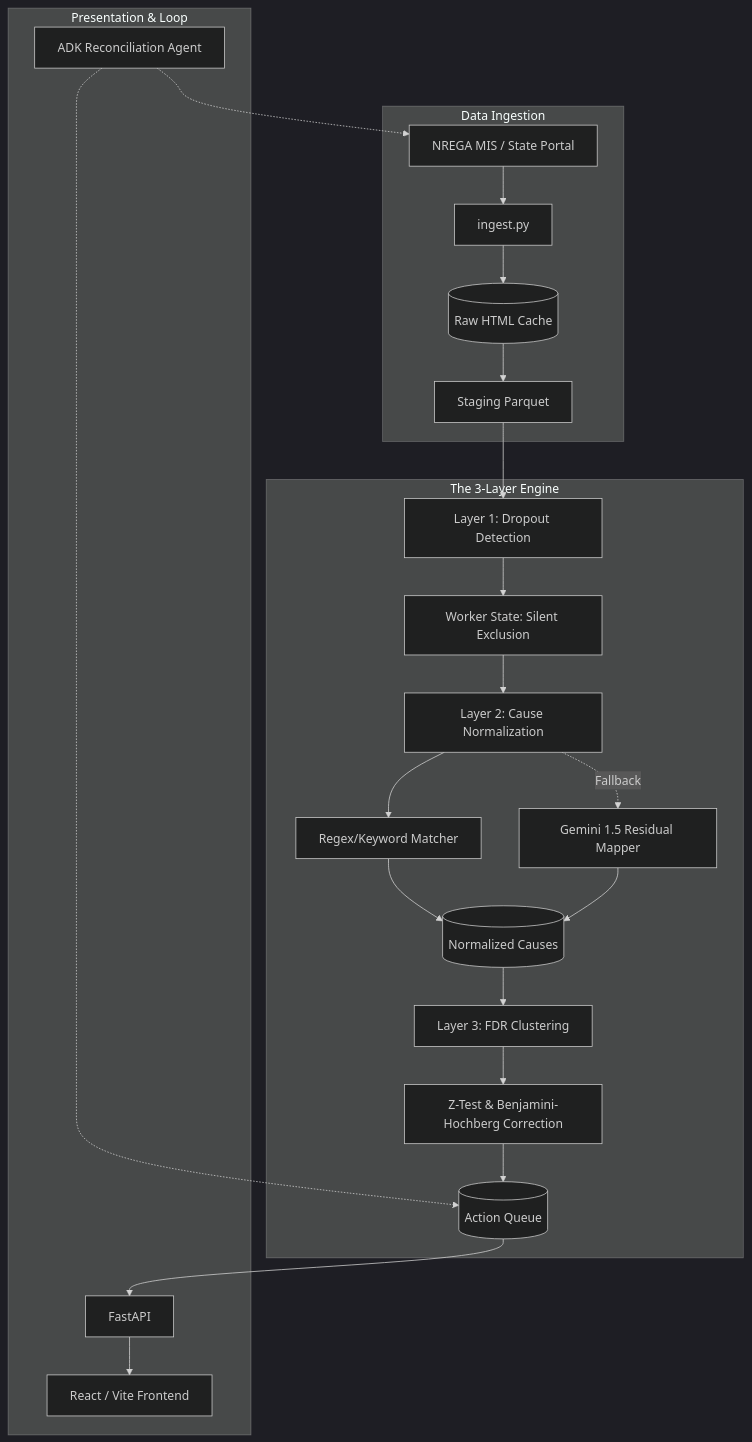
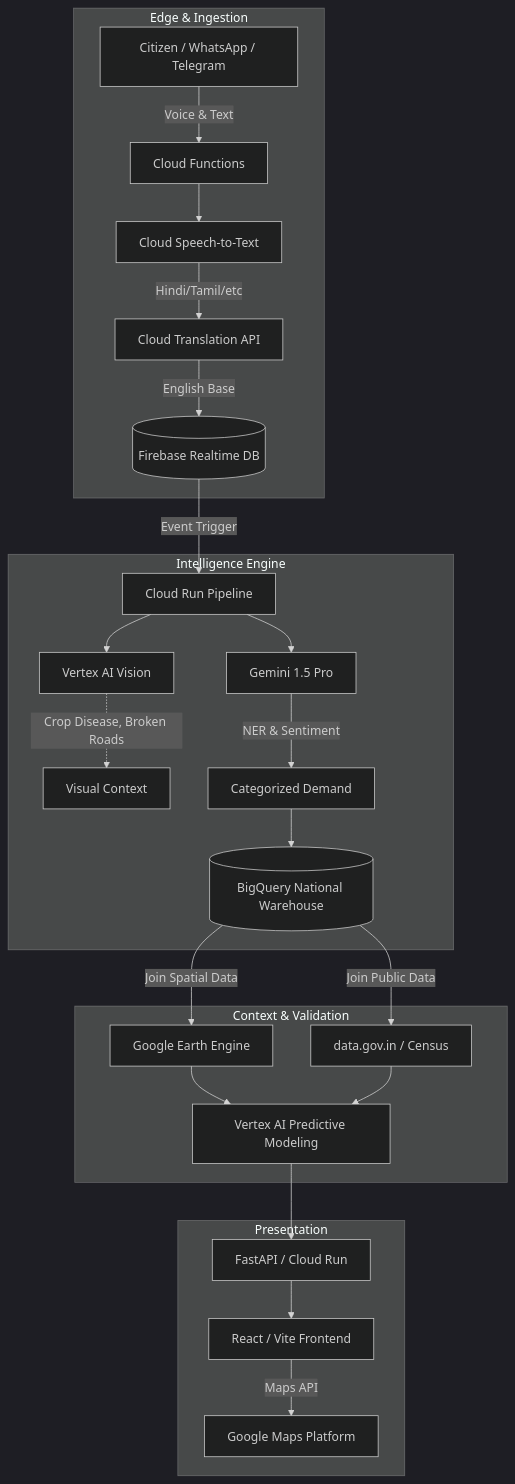
The diagram in ARCHITECTURE.md (Mayank-iitj/AntimRupee), drawn with Mermaid (dark theme) before and after one commit. The commit also changed other lines of this file and 8 other files, not shown here.

Commit message:
feat: pivot architecture to Google AI stack for infrastructure demand tracking

````diff
--- a/ARCHITECTURE.md
+++ b/ARCHITECTURE.md
@@ -7,28 +7,33 @@
 ```mermaid
 graph TD
-    subgraph Data Ingestion
-        MIS[NREGA MIS / State Portal] --> Scraper[ingest.py]
-        Scraper --> Cache[(Raw HTML Cache)]
-        Cache --> Parquet[Staging Parquet]
+    subgraph Edge & Ingestion
+        Citizen[Citizen / WhatsApp / Telegram] --> |Voice & Text| Webhook[Cloud Functions]
+        Webhook --> STT[Cloud Speech-to-Text]
+        STT --> |Hindi/Tamil/etc| Translation[Cloud Translation API]
+        Translation --> |English Base| RawStore[(Firebase Realtime DB)]
     end
 
-    subgraph The 3-Layer Engine
-        Parquet --> L1[Layer 1: Dropout Detection]
-        L1 --> State[Worker State: Silent Exclusion]
-        State --> L2[Layer 2: Cause Normalization]
-        L2 --> Regex[Regex/Keyword Matcher]
-        L2 -. Fallback .-> Gemini[Gemini 1.5 Residual Mapper]
-        Regex --> Causes[(Normalized Causes)]
-        Gemini --> Causes
-        Causes --> L3[Layer 3: FDR Clustering]
-        L3 --> Stats[Z-Test & Benjamini-Hochberg Correction]
-        Stats --> Worklist[(Action Queue)]
+    subgraph Intelligence Engine
+        RawStore --> |Event Trigger| CloudRun[Cloud Run Pipeline]
+        CloudRun --> Vision[Vertex AI Vision]
+        CloudRun --> Gemini[Gemini 1.5 Pro]
+        
+        Vision -.-> |Crop Disease, Broken Roads| Context[Visual Context]
+        Gemini --> |NER & Sentiment| Intent[Categorized Demand]
+        
+        Intent --> BQ[(BigQuery National Warehouse)]
     end
 
-    subgraph Presentation & Loop
-        Worklist --> API[FastAPI]
+    subgraph Context & Validation
+        BQ --> |Join Spatial Data| Geospatial[Google Earth Engine]
+        BQ --> |Join Public Data| OpenData[data.gov.in / Census]
+        Geospatial --> AutoML[Vertex AI Predictive Modeling]
+        OpenData --> AutoML
+    end
+
+    subgraph Presentation
+        AutoML --> API[FastAPI / Cloud Run]
         API --> Web[React / Vite Frontend]
-        Agent[ADK Reconciliation Agent] -.-> Worklist
-        Agent -.-> MIS
+        Web --> |Maps API| Heatmaps[Google Maps Platform]
     end
 ```
````
